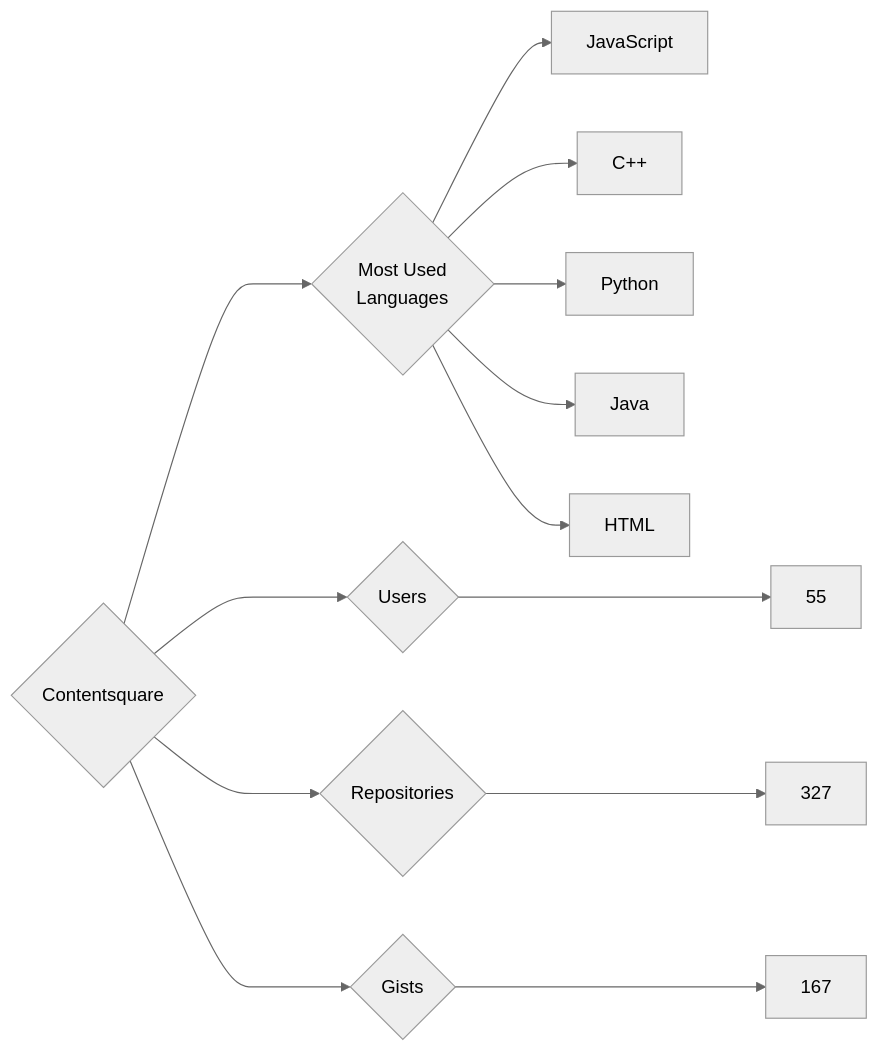
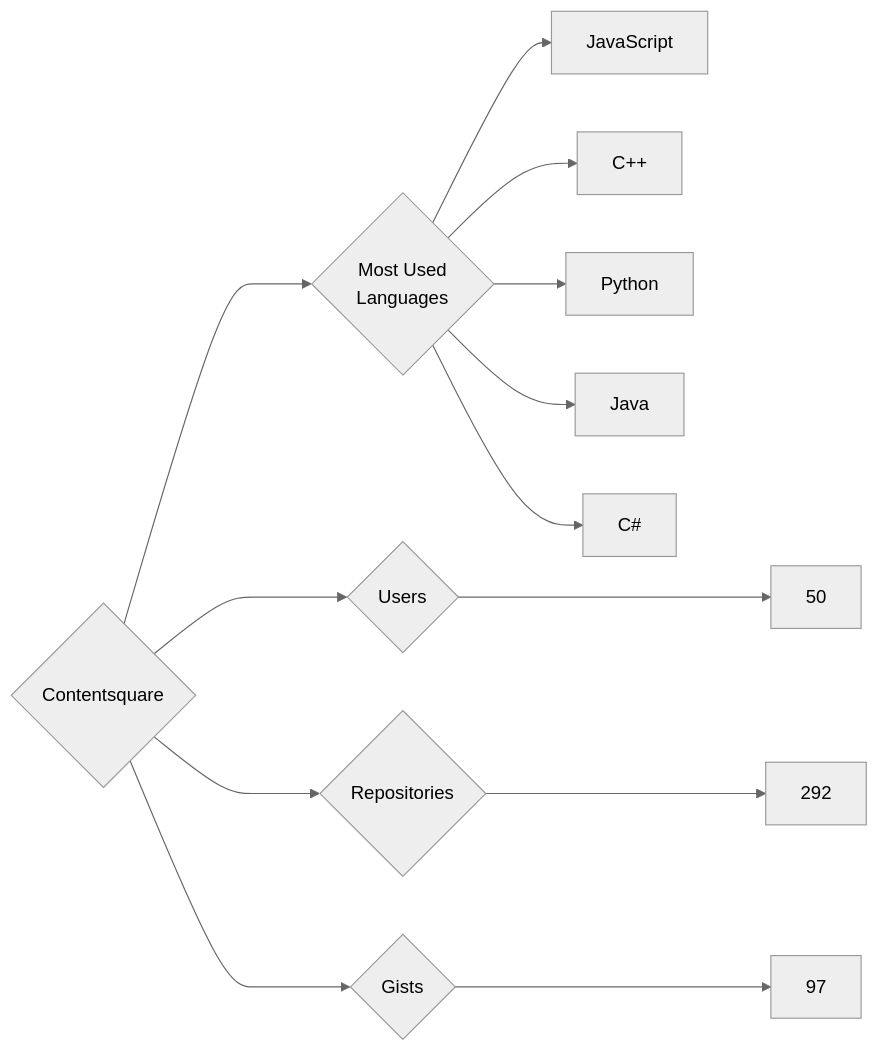
One commit to trickest/insiders changed the diagram in targets/Contentsquare/README.md. Above: the diagram before and after it, drawn with Mermaid (neutral theme). The commit also changed 1212 other files, not shown here.

````diff
--- a/targets/Contentsquare/README.md
+++ b/targets/Contentsquare/README.md
@@ -3,13 +3,13 @@
 ```mermaid
 graph LR
 COMPANY_NAME{Contentsquare}
-COMPANY_NAME ---> U{Users} ---> UN[55]
-COMPANY_NAME ---> R{Repositories} ---> RN[327]
-COMPANY_NAME ---> G{Gists} ---> GN[167]
+COMPANY_NAME ---> U{Users} ---> UN[50]
+COMPANY_NAME ---> R{Repositories} ---> RN[292]
+COMPANY_NAME ---> G{Gists} ---> GN[97]
 COMPANY_NAME ---> ML{Most Used<br>Languages}
 ML --> JavaScript[JavaScript]
 ML --> C++[C++]
 ML --> Python[Python]
 ML --> Java[Java]
-ML --> HTML[HTML]
+ML --> C#[C#]
 ```
````
